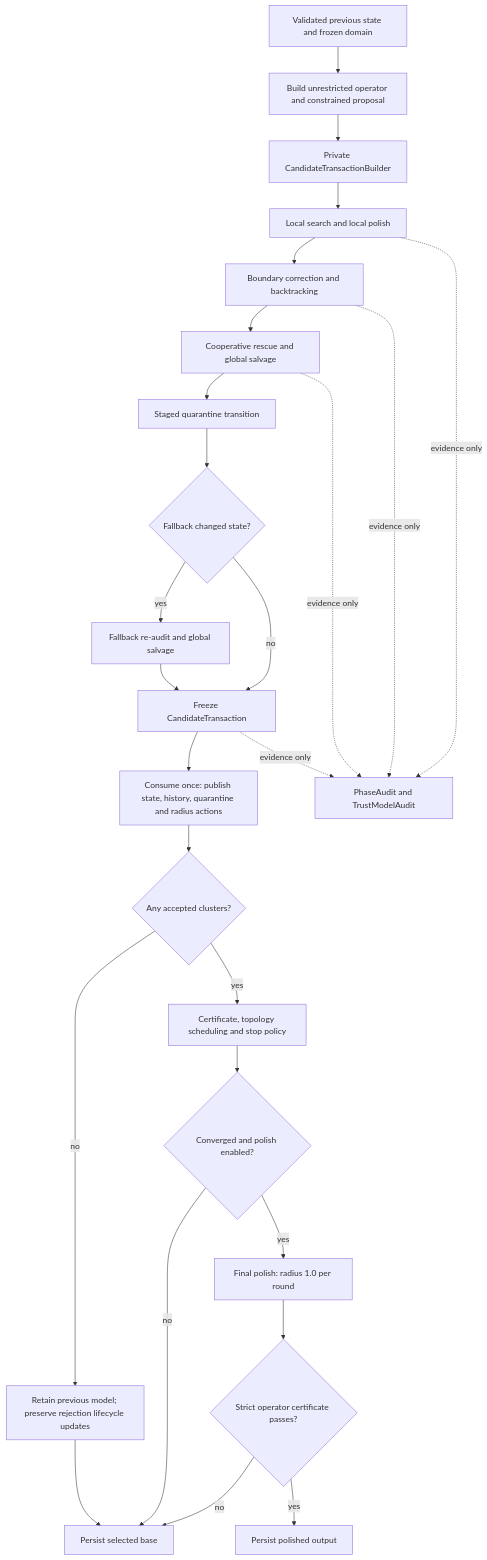
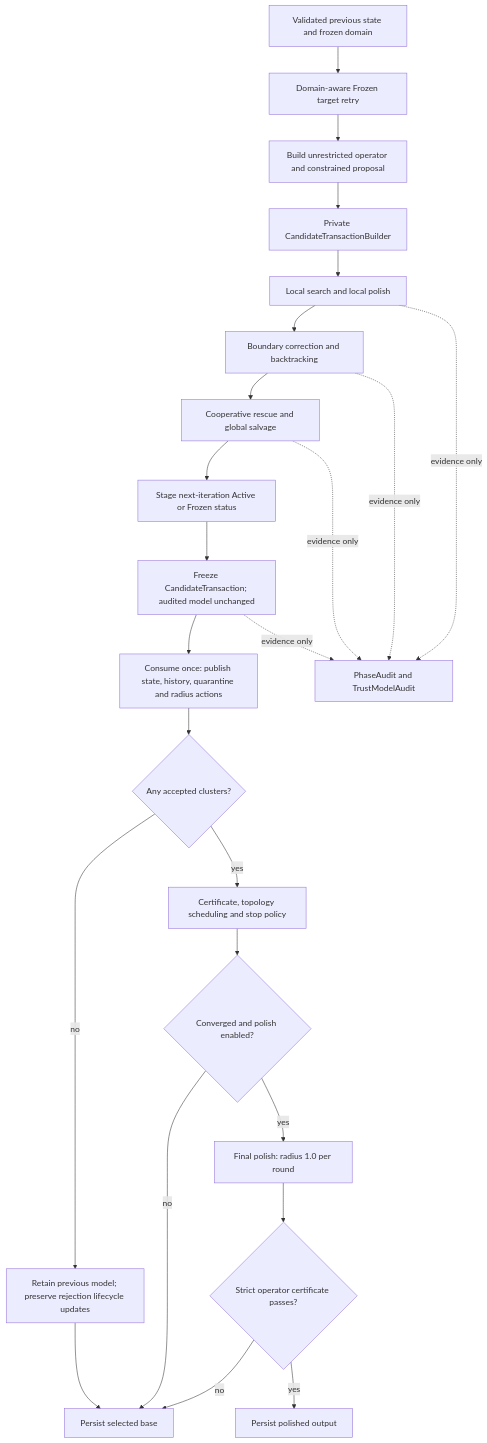
Before and after one commit to yslianTim/rhbm_gem: the diagram in docs/developer/second-stage-p0-structure.md, drawn with Mermaid. The commit also changed other lines of this file and 14 other files, not shown here.

Commit message:
Apply domain-aware quarantine and history-only cluster best

````diff
--- a/docs/developer/second-stage-p0-structure.md
+++ b/docs/developer/second-stage-p0-structure.md
@@ -16,28 +17,26 @@
 ```mermaid
 flowchart TD
-    A[Validated previous state and frozen domain] --> B[Build unrestricted operator and constrained proposal]
+    A[Validated previous state and frozen domain] --> U[Domain-aware Frozen target retry]
+    U --> B[Build unrestricted operator and constrained proposal]
     B --> C[Private CandidateTransactionBuilder]
     C --> D[Local search and local polish]
     D --> E[Boundary correction and backtracking]
     E --> F[Cooperative rescue and global salvage]
-    F --> G[Staged quarantine transition]
-    G --> H{Fallback changed state?}
-    H -- yes --> I[Fallback re-audit and global salvage]
-    H -- no --> J[Freeze CandidateTransaction]
-    I --> J
+    F --> G[Stage next-iteration Active or Frozen status]
+    G --> J[Freeze CandidateTransaction; audited model unchanged]
     J --> K[Consume once: publish state, history, quarantine and radius actions]
     K --> L{Any accepted clusters?}
     L -- no --> M[Retain previous model; preserve rejection lifecycle updates]
     L -- yes --> N[Certificate, topology scheduling and stop policy]
     N --> O{Converged and polish enabled?}
     M --> P[Persist selected base]
     O -- no --> P
     O -- yes --> R[Final polish: radius 1.0 per round]
     R --> S{Strict operator certificate passes?}
     S -- no --> P
     S -- yes --> T[Persist polished output]
     D -. evidence only .-> Q[PhaseAudit and TrustModelAudit]
     E -. evidence only .-> Q
     F -. evidence only .-> Q
     J -. evidence only .-> Q
 ```
````
